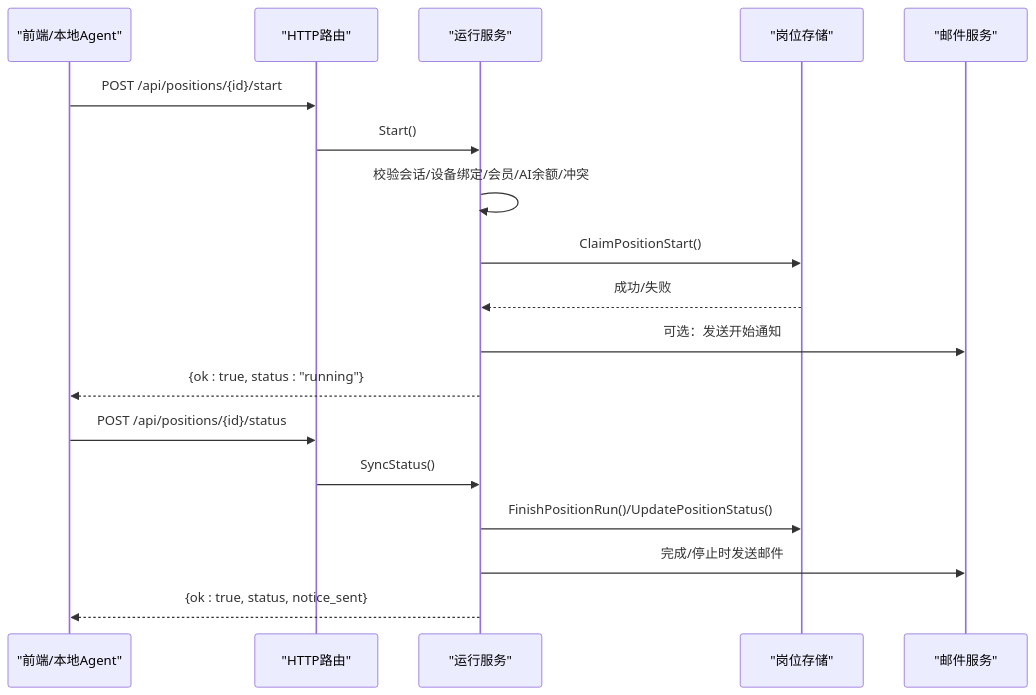
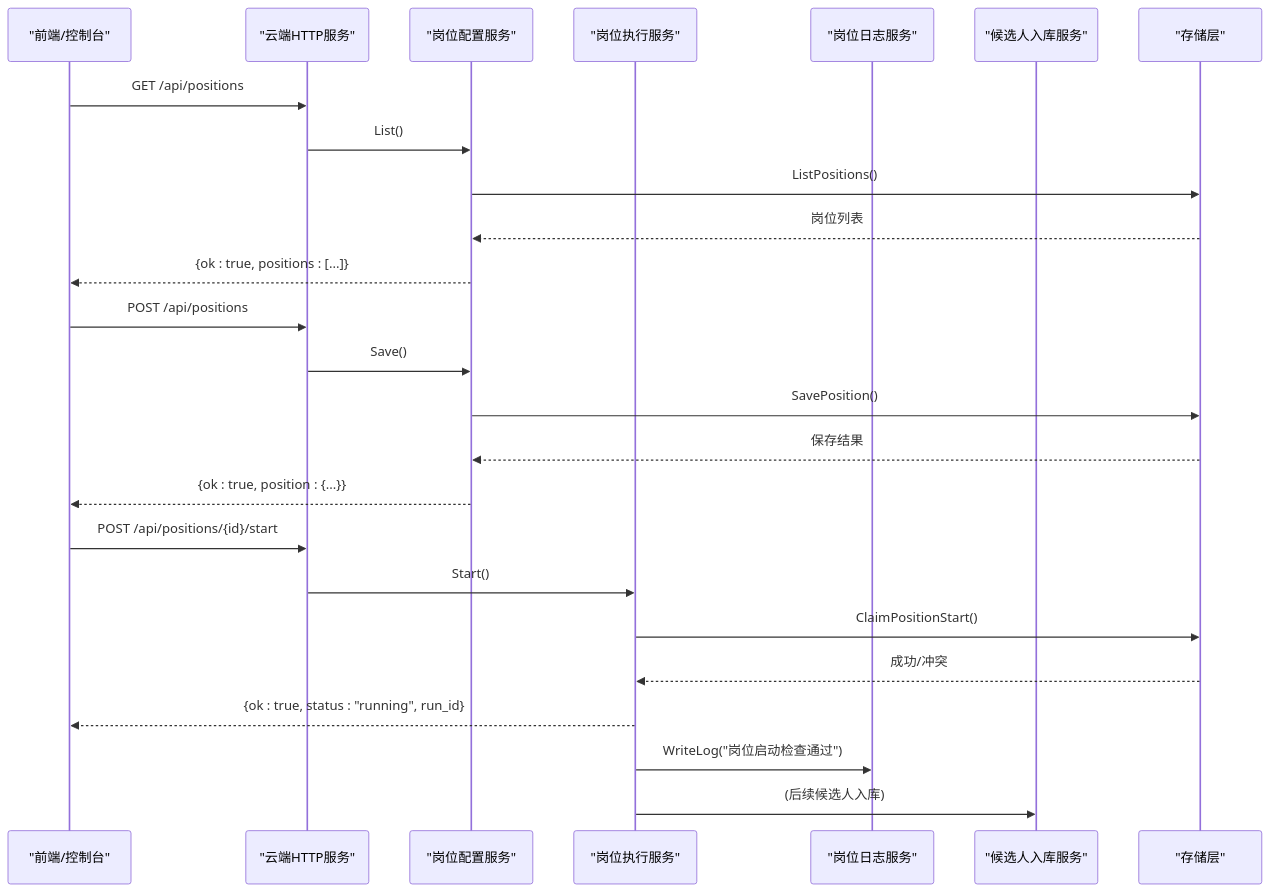
One commit to alvinwangzi/goodhr changed the second of 4 diagrams in .qoder/repowiki/zh/content/API接口文档/云端REST API/岗位管理API/岗位管理API.md. Above: the diagram before and after it, drawn with Mermaid. The commit also changed other lines of this file and 149 other files, not shown here.

````diff
--- a/.qoder/repowiki/zh/content/API接口文档/云端REST API/岗位管理API/岗位管理API.md
+++ b/.qoder/repowiki/zh/content/API接口文档/云端REST API/岗位管理API/岗位管理API.md
@@ -78,20 +83,27 @@
 ```mermaid
 sequenceDiagram
-participant FE as "前端/本地Agent"
-participant Router as "HTTP路由"
-participant Exec as "运行服务"
-participant Store as "岗位存储"
-participant Mail as "邮件服务"
-FE->>Router : POST /api/positions/{id}/start
-Router->>Exec : Start()
-Exec->>Exec : 校验会话/设备绑定/会员/AI余额/冲突
-Exec->>Store : ClaimPositionStart()
-Store-->>Exec : 成功/失败
-Exec->>Mail : 可选：发送开始通知
-Exec-->>FE : {ok : true, status : "running"}
-FE->>Router : POST /api/positions/{id}/status
-Router->>Exec : SyncStatus()
-Exec->>Store : FinishPositionRun()/UpdatePositionStatus()
-Exec->>Mail : 完成/停止时发送邮件
-Exec-->>FE : {ok : true, status, notice_sent}
+participant FE as "前端/控制台"
+participant API as "云端HTTP服务"
+participant POS as "岗位配置服务"
+participant EXE as "岗位执行服务"
+participant LOG as "岗位日志服务"
+participant CAND as "候选人入库服务"
+participant STORE as "存储层"
+FE->>API : GET /api/positions
+API->>POS : List()
+POS->>STORE : ListPositions()
+STORE-->>POS : 岗位列表
+POS-->>FE : {ok : true, positions : [...]}
+FE->>API : POST /api/positions
+API->>POS : Save()
+POS->>STORE : SavePosition()
+STORE-->>POS : 保存结果
+POS-->>FE : {ok : true, position : {...}}
+FE->>API : POST /api/positions/{id}/start
+API->>EXE : Start()
+EXE->>STORE : ClaimPositionStart()
+STORE-->>EXE : 成功/冲突
+EXE-->>FE : {ok : true, status : "running", run_id}
+EXE->>LOG : WriteLog("岗位启动检查通过")
+EXE->>CAND : (后续候选人入库)
 ```
````
